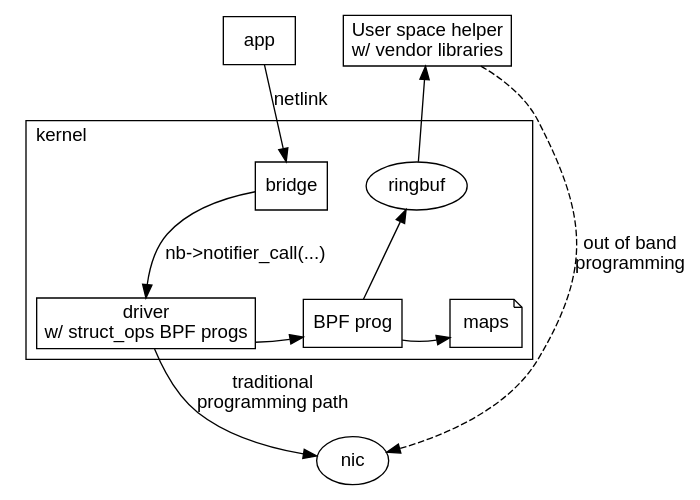
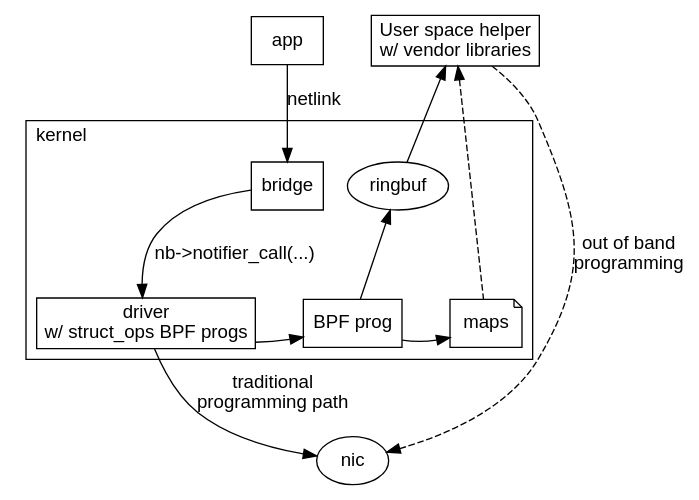
The fourth of 4 diagrams in netlink/README.org (donaldh/opi-proto), drawn with Graphviz before and after one commit. The commit also changed other lines of this file and 3 other files, not shown here.

Commit message:
Improve diagrams using link [dir=back]

```diff
--- a/netlink/README.org
+++ b/netlink/README.org
@@ -156,39 +157,40 @@
 #+begin_src dot :file switchdev_offload.png :tangle switchdev_offload.txt :exports results
  digraph switchdev {
         fontname="Arial"
         node [fontname="Arial"]
         edge [fontname="Arial"]
 
         subgraph user_space {
                 app [shape=box]
                 listener [shape=box label="User space helper\nw/ vendor libraries"]
                 rank = same;
         }
         subgraph cluster_kernel {
                 label = "kernel"
                 labeljust = "l"
                 bridge [shape=box; label="bridge"]
                 ringbuf
                 {rank = same; bridge; ringbuf}
                 driver [shape=box label="driver\nw/ struct_ops BPF progs"]
                 bpf [shape=box label="BPF prog"]
                 maps [shape=note]
                 {rank = same; driver; bpf; maps;}
         }
 
         app -> bridge [label="netlink"]
         bpf -> ringbuf -> listener
         bridge -> driver [label="nb->notifier_call(...)"]
         driver -> nic [label="traditional\nprogramming path"]
         driver -> bpf
         bpf -> maps
 
         listener -> nic [label="out of band\nprogramming" style=dashed]
+        listener -> maps [style=dashed; dir=back]
 
         edge[style=invis]
         listener->bridge->bpf->nic
         driver->bpf->maps
         app->listener
 
  }
 #+end_src
```
